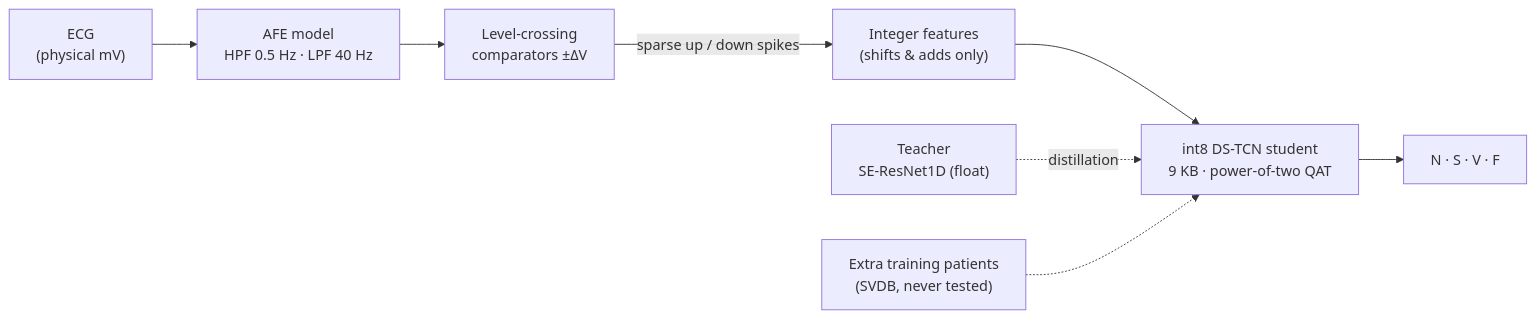
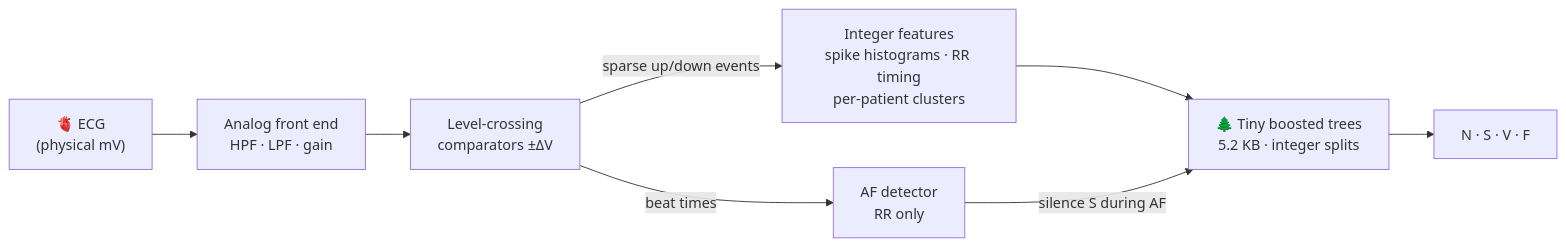
Before and after one commit to LohitMoharana/Isoline: the diagram in README.md, drawn with Mermaid. The commit also changed other lines of this file, not shown here.

First line of the commit message:
README redesign: visual landing page (hero, live GIF, results vs literature, per-class, robustness, journey)

````diff
--- a/README.md
+++ b/README.md
@@ -51,10 +40,10 @@
 ```mermaid
 flowchart LR
-    A["ECG<br/>(physical mV)"] --> B["AFE model<br/>HPF 0.5 Hz · LPF 40 Hz"]
+    A["🫀 ECG<br/>(physical mV)"] --> B["Analog front end<br/>HPF · LPF · gain"]
     B --> C["Level-crossing<br/>comparators ±ΔV"]
-    C -->|"sparse up / down spikes"| D["Integer features<br/>(shifts &amp; adds only)"]
-    D --> E["int8 DS-TCN student<br/>9 KB · power-of-two QAT"]
+    C -->|"sparse up/down events"| D["Integer features<br/>spike histograms · RR timing<br/>per-patient clusters"]
+    D --> E["🌲 Tiny boosted trees<br/>5.2 KB · integer splits"]
+    C -->|"beat times"| G["AF detector<br/>RR only"]
+    G -->|"silence S during AF"| E
     E --> F["N · S · V · F"]
-    T["Teacher<br/>SE-ResNet1D (float)"] -.->|distillation| E
-    X["Extra training patients<br/>(SVDB, never tested)"] -.-> E
 ```
````
